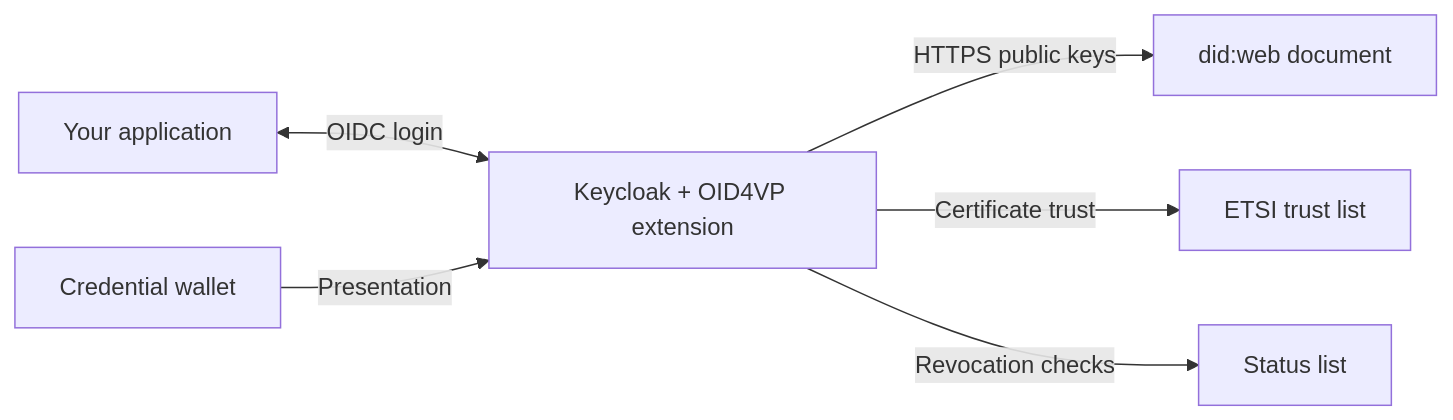
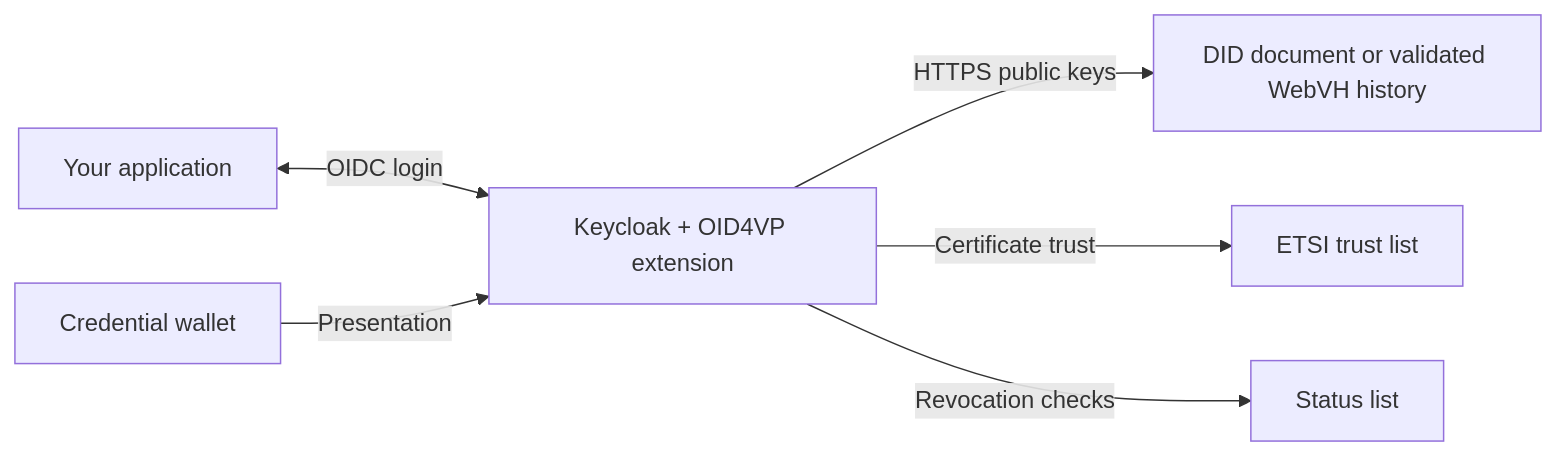
One commit to su-engineering/keycloak-oid4vp changed the diagram in README.md. Above: the diagram before and after it, drawn with Mermaid. The commit also changed other lines of this file and 66 other files, not shown here.

````diff
--- a/README.md
+++ b/README.md
@@ -49,8 +50,8 @@
 ```mermaid
 flowchart LR
     App[Your application] <-->|OIDC login| KC[Keycloak + OID4VP extension]
     Wallet[Credential wallet] -->|Presentation| KC
-    KC -->|HTTPS public keys| DID[did:web document]
+    KC -->|HTTPS public keys| DID[DID document or validated WebVH history]
     KC -->|Certificate trust| TL[ETSI trust list]
     KC -->|Revocation checks| SL[Status list]
 ```
````
